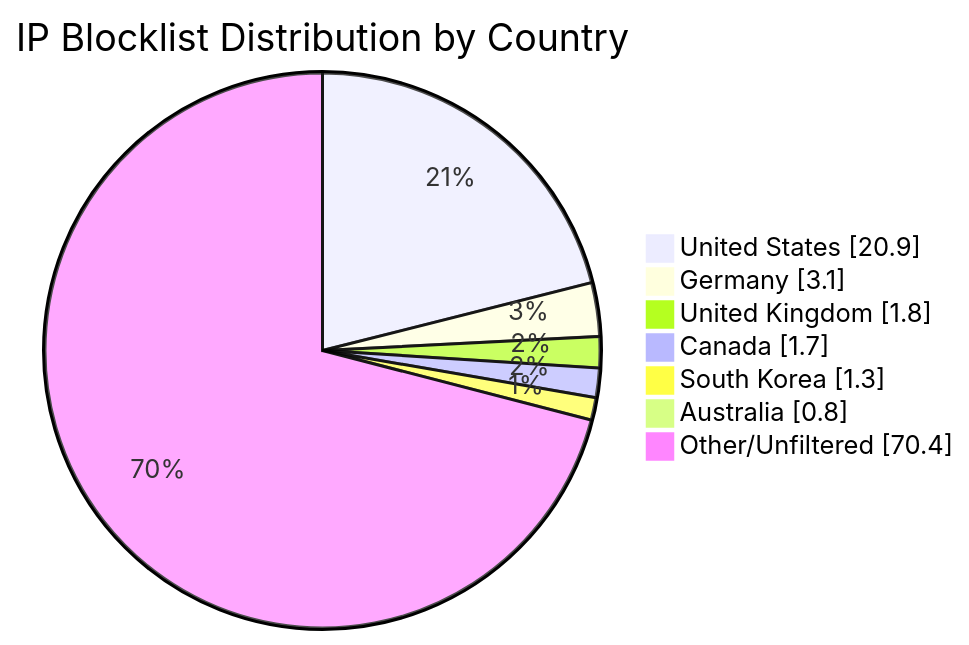
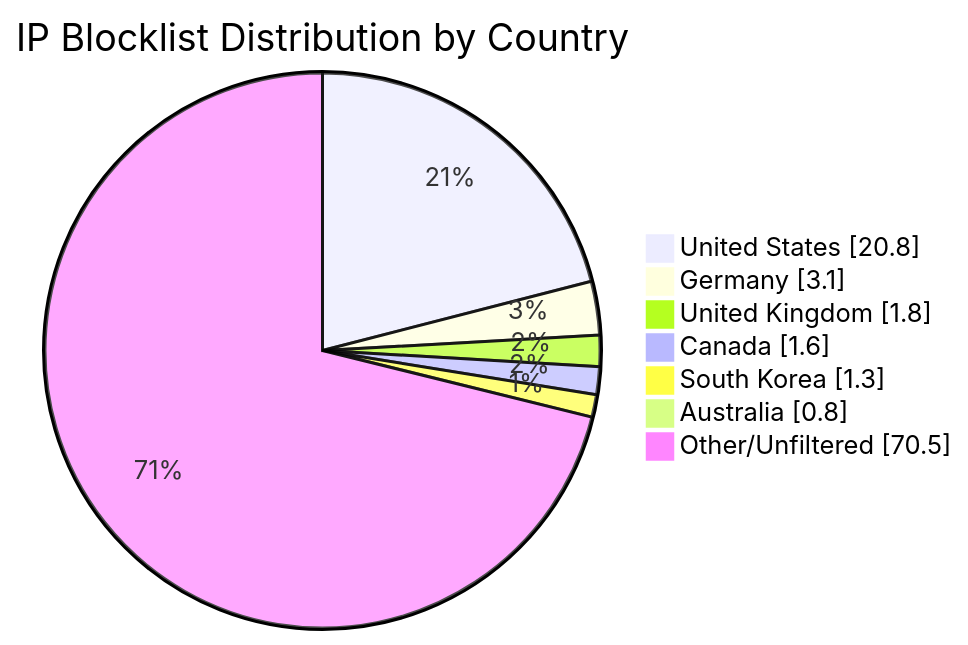
One commit to MarcusHoltz/ipblocklist-geofiltered-aggregator changed the diagram in README.md. Above: the diagram before and after it, drawn with Mermaid. The commit also changed other lines of this file and 9 other files, not shown here.

````diff
--- a/README.md
+++ b/README.md
@@ -34,10 +34,10 @@
 ```mermaid
 pie showData title IP Blocklist Distribution by Country
-"United States" : 20.9
+"United States" : 20.8
 "Germany" : 3.1
 "United Kingdom" : 1.8
-"Canada" : 1.7
+"Canada" : 1.6
 "South Korea" : 1.3
 "Australia" : 0.8
-"Other/Unfiltered" : 70.4
+"Other/Unfiltered" : 70.5
 ```
````
